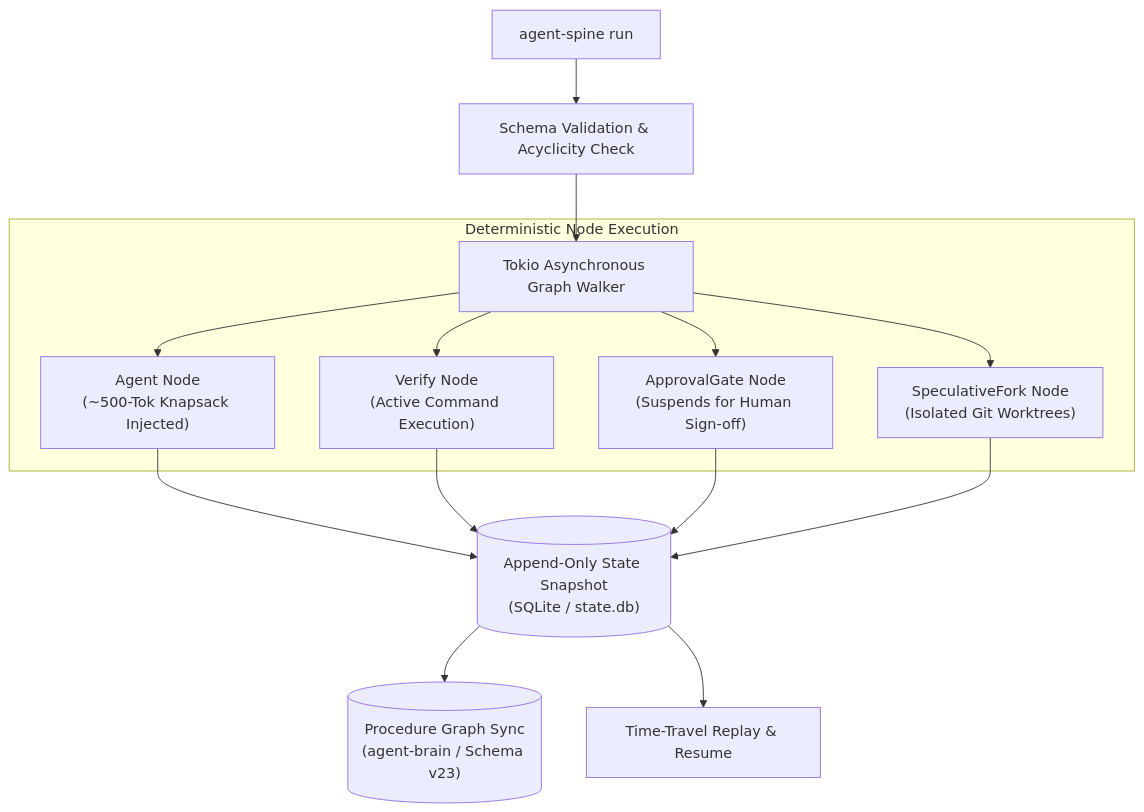
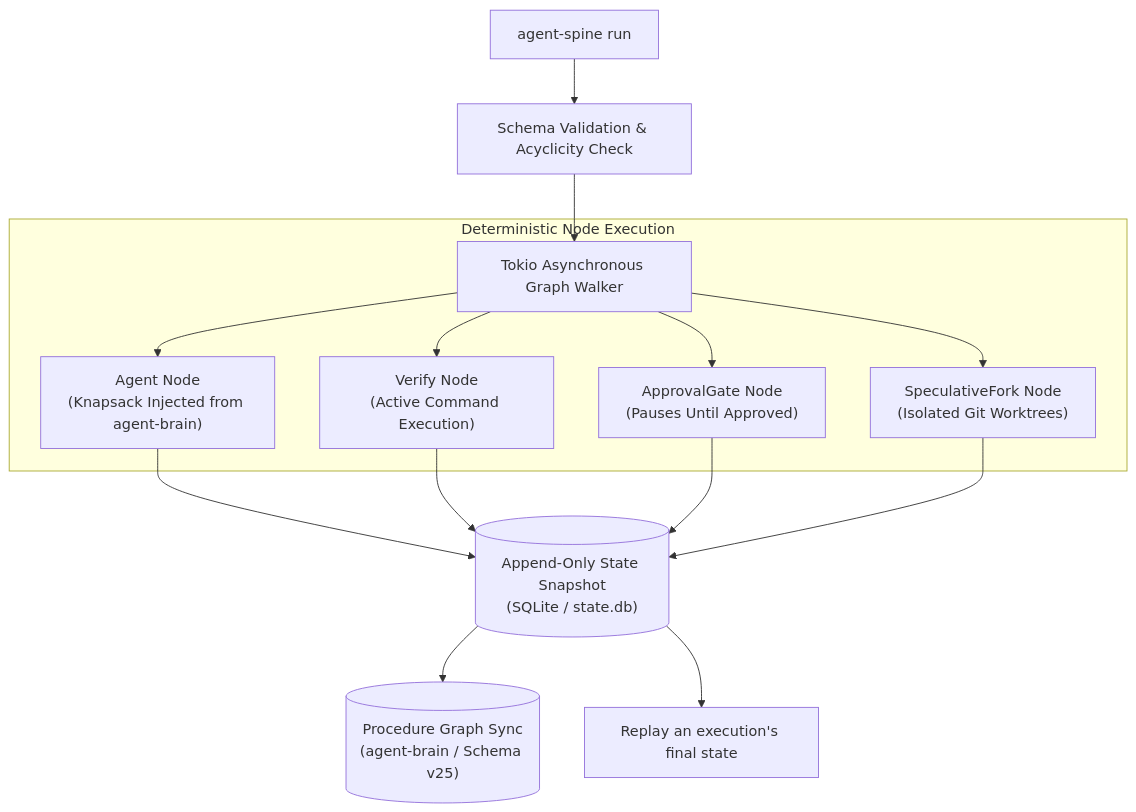
Before and after one commit to autonomic-ai-dev/agent-spine: the diagram in README.md, drawn with Mermaid. The commit also changed other lines of this file and 1 other file, not shown here.

Commit message:
docs: correct CLI reference, ports, MCP tools and approval behaviour (#59)

````diff
--- a/README.md
+++ b/README.md
@@ -16,20 +16,20 @@
 ```mermaid
 flowchart TD
     Trigger["agent-spine run <workflow.yaml>"] --> Validate["Schema Validation & Acyclicity Check"]
     Validate --> Walker["Tokio Asynchronous Graph Walker"]
     
     subgraph ExecutionEngine ["Deterministic Node Execution"]
-        Walker --> AgentNode["Agent Node<br/>(~500-Tok Knapsack Injected)"]
+        Walker --> AgentNode["Agent Node<br/>(Knapsack Injected from agent-brain)"]
         Walker --> VerifyNode["Verify Node<br/>(Active Command Execution)"]
-        Walker --> GateNode["ApprovalGate Node<br/>(Suspends for Human Sign-off)"]
+        Walker --> GateNode["ApprovalGate Node<br/>(Pauses Until Approved)"]
         Walker --> SpecNode["SpeculativeFork Node<br/>(Isolated Git Worktrees)"]
     end
 
     AgentNode --> Snapshot[("Append-Only State Snapshot<br/>(SQLite / state.db)")]
     VerifyNode --> Snapshot
     GateNode --> Snapshot
     SpecNode --> Snapshot
 
-    Snapshot --> BrainSync[("Procedure Graph Sync<br/>(agent-brain / Schema v23)")]
-    Snapshot --> Replay["Time-Travel Replay & Resume"]
+    Snapshot --> BrainSync[("Procedure Graph Sync<br/>(agent-brain / Schema v25)")]
+    Snapshot --> Replay["Replay an execution's final state"]
 ```
````
